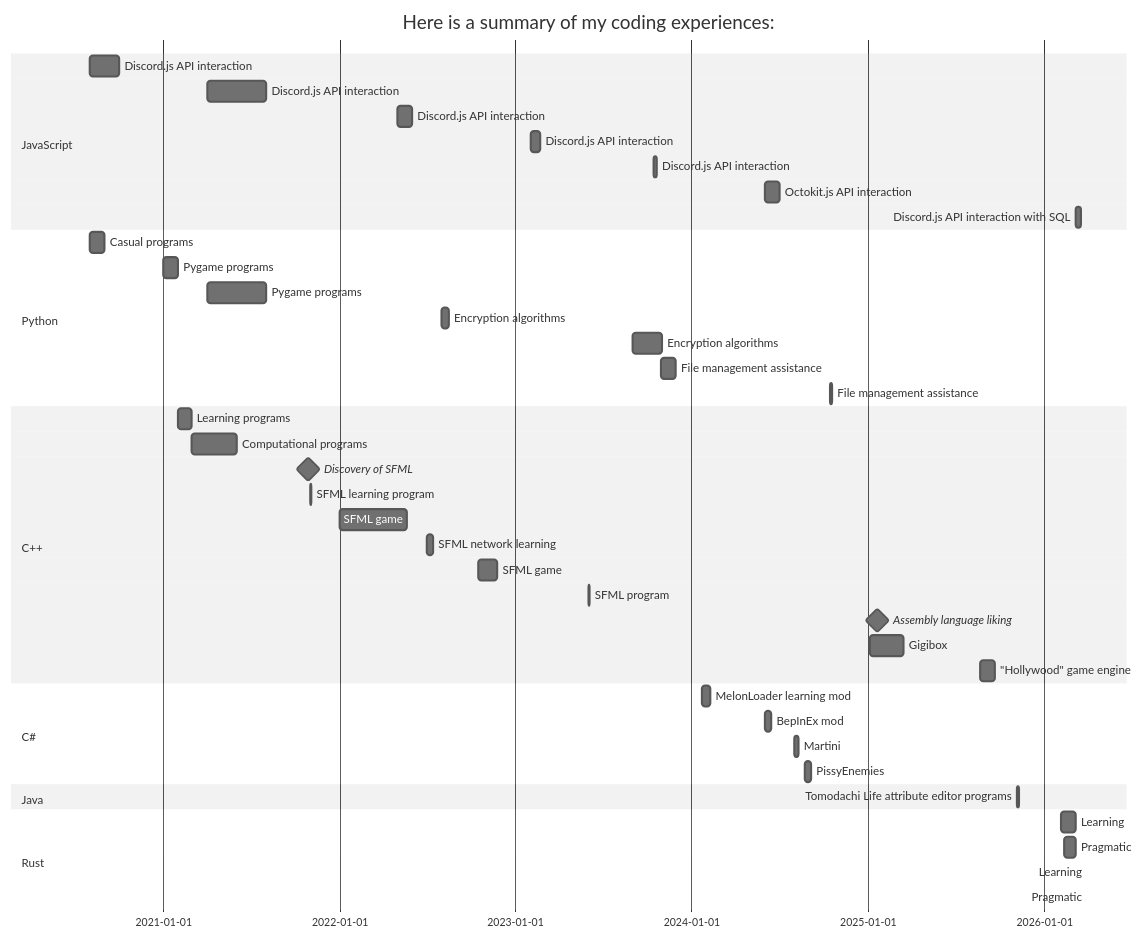
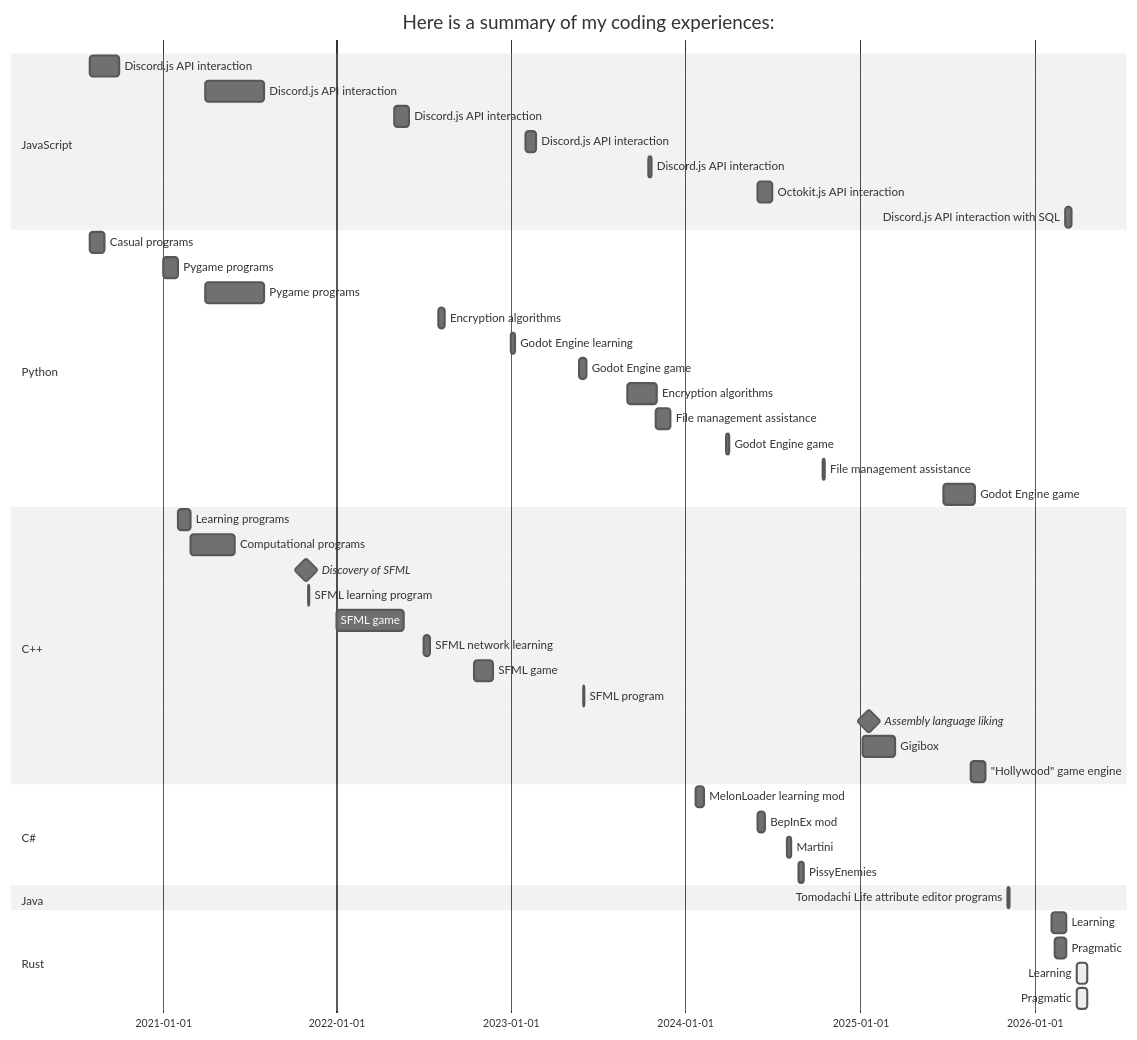
Before and after one commit to Simonciott/Simonciott: the diagram in README.md, drawn with Mermaid (neutral theme).

````diff
--- a/README.md
+++ b/README.md
@@ -3,45 +3,49 @@
 ```mermaid
 gantt
     title Here is a summary of my coding experiences:
     dateFormat YYYY-MM-DD
     section JavaScript
         Discord.js API interaction: jsd1, 2020-08, 2M
         Discord.js API interaction: jsd2, 2021-04, 4M
         Discord.js API interaction: jsd3, 2022-05, 1M
         Discord.js API interaction: jsd4, 2023-02, 3w
         Discord.js API interaction: jsd5, 2023-10-15, 1w
         Octokit.js API interaction: ok1, 2024-06-01, 1M
         Discord.js API interaction with SQL: jsd6, 2026-03-07, 2026-03-19
     section Python
         Casual programs: 2020-08, 1M
         Pygame programs: pg1, 2021-01, until clp
         Pygame programs: pg2, 2021-04, 4M
         Encryption algorithms: pea1, 2022-08, 2w
+        Godot Engine learning: gel, 2023-01-1, 1w
+        Godot Engine game: ge1, 2023-05-24, 2w
         Encryption algorithms: pea2, 2023-09, 2M
         File management assistance: fma1, 2023-10-30, 1M
+        Godot Engine game: ge2, 2024-03-26, 1w
         File management assistance: fma2, 2024-10-15, 4d
+        Godot Engine game: ge3, 2025-06-24, 2025-08-29
     section C++
         Learning programs: clp, 2021-02, 1M
         Computational programs: cp, after clp, 3M
         Discovery of SFML: milestone, sfml, 2021-10-29, 0d
         SFML learning program: 2021-11-01, 3d
         SFML game: sfmlg1, 2022-01, 20w
         SFML network learning: 2022-07, 2w
         SFML game: sfmlg2, 2022-10-15, 40d
         SFML program: 2023-06, 2d
         Assembly language liking: milestone, 2025-01-20, 0d
         Gigibox: 2025-01-06, 2025-03-15
         "Hollywood" game engine: 2025-08-21, 2025-09-21
     section C#
         MelonLoader learning mod: 2024-01-23, 2024-02-10
         BepInEx mod: 2024-06, 2w
         Martini: 2024-08-01, 2024-08-09
         PissyEnemies: 2024-08-24, 2024-09-06
     section Java
         Tomodachi Life attribute editor programs: 2025-11-05, 5d
     section Rust
         Learning: rsl, 2026-02-06, 2026-03-09
         Pragmatic: rsp, 2026-02-13, 2026-03-09
-        Learning: active, rsl2, 2026-04-01, 2026-04-01
-        Pragmatic: active, rsp2, 2026-04-01, 2026-04-01
+        Learning: active, rsl2, 2026-04-01, 2026-04-22
+        Pragmatic: active, rsp2, 2026-04-01, 2026-04-22
 ```
````
